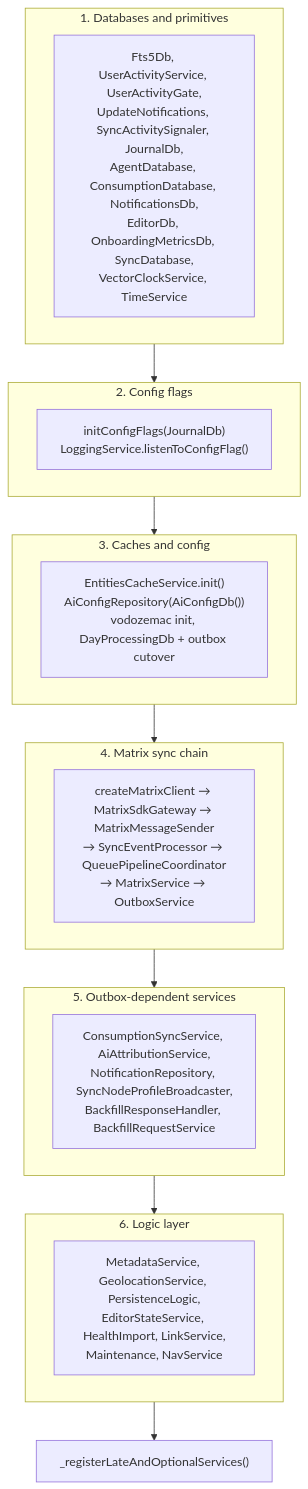
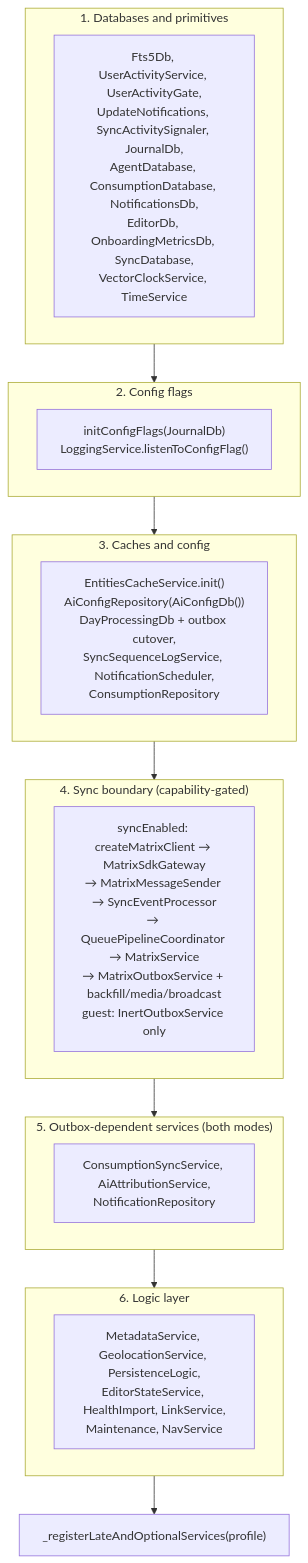
Before and after one commit to matthiasn/lotti: the second of 2 diagrams in knowledge/architecture/bootstrap-and-di.md, drawn with Mermaid. The commit also changed other lines of this file and 3 other files, not shown here.

````diff
--- a/knowledge/architecture/bootstrap-and-di.md
+++ b/knowledge/architecture/bootstrap-and-di.md
@@ -109,23 +118,23 @@
 ```mermaid
 flowchart TD
   subgraph Phase1["1. Databases and primitives"]
     P1["Fts5Db, UserActivityService, UserActivityGate,<br/>UpdateNotifications, SyncActivitySignaler, JournalDb,<br/>AgentDatabase, ConsumptionDatabase, NotificationsDb,<br/>EditorDb, OnboardingMetricsDb, SyncDatabase,<br/>VectorClockService, TimeService"]
   end
   subgraph Phase2["2. Config flags"]
     P2["initConfigFlags(JournalDb)<br/>LoggingService.listenToConfigFlag()"]
   end
   subgraph Phase3["3. Caches and config"]
-    P3["EntitiesCacheService.init()<br/>AiConfigRepository(AiConfigDb())<br/>vodozemac init, DayProcessingDb + outbox cutover"]
+    P3["EntitiesCacheService.init()<br/>AiConfigRepository(AiConfigDb())<br/>DayProcessingDb + outbox cutover,<br/>SyncSequenceLogService, NotificationScheduler,<br/>ConsumptionRepository"]
   end
-  subgraph Phase4["4. Matrix sync chain"]
-    P4["createMatrixClient → MatrixSdkGateway → MatrixMessageSender<br/>→ SyncEventProcessor → QueuePipelineCoordinator<br/>→ MatrixService → OutboxService"]
+  subgraph Phase4["4. Sync boundary (capability-gated)"]
+    P4["syncEnabled: createMatrixClient → MatrixSdkGateway<br/>→ MatrixMessageSender → SyncEventProcessor<br/>→ QueuePipelineCoordinator → MatrixService<br/>→ MatrixOutboxService + backfill/media/broadcast<br/>guest: InertOutboxService only"]
   end
-  subgraph Phase5["5. Outbox-dependent services"]
-    P5["ConsumptionSyncService, AiAttributionService,<br/>NotificationRepository, SyncNodeProfileBroadcaster,<br/>BackfillResponseHandler, BackfillRequestService"]
+  subgraph Phase5["5. Outbox-dependent services (both modes)"]
+    P5["ConsumptionSyncService, AiAttributionService,<br/>NotificationRepository"]
   end
   subgraph Phase6["6. Logic layer"]
     P6["MetadataService, GeolocationService, PersistenceLogic,<br/>EditorStateService, HealthImport, LinkService,<br/>Maintenance, NavService"]
   end
   Phase1 --> Phase2 --> Phase3 --> Phase4 --> Phase5 --> Phase6
-  Phase6 --> Late["_registerLateAndOptionalServices()"]
+  Phase6 --> Late["_registerLateAndOptionalServices(profile)"]
 ```
````
